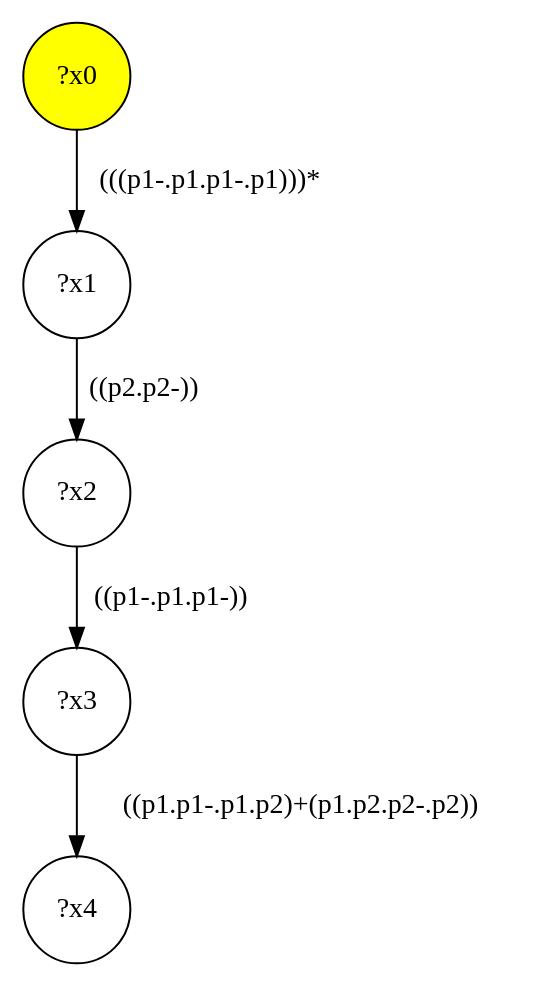
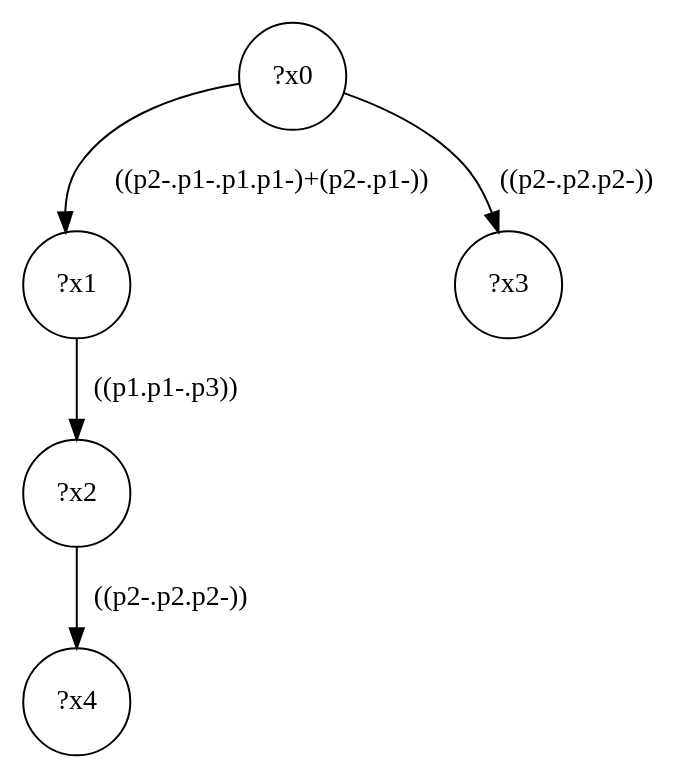
The diagram in src/queryinterface/interface-queries/query-36.dot (gbagan/gmark), drawn with Graphviz before and after one commit. The commit also changed 150 other files, not shown here.

```diff
--- a/src/queryinterface/interface-queries/query-36.dot
+++ b/src/queryinterface/interface-queries/query-36.dot
@@ -1,11 +1,11 @@
 digraph g {
-	x0 [fillcolor="yellow", style="filled," shape=circle, label="?x0"];
+	x0 [shape=circle, label="?x0"];
 	x1 [shape=circle, label="?x1"];
-	x0 -> x1 [label="(((p1-.p1.p1-.p1)))*"];
+	x0 -> x1 [label="((p2-.p1-.p1.p1-)+(p2-.p1-))"];
 	x2 [shape=circle, label="?x2"];
-	x1 -> x2 [label="((p2.p2-))"];
+	x1 -> x2 [label="((p1.p1-.p3))"];
 	x3 [shape=circle, label="?x3"];
-	x2 -> x3 [label="((p1-.p1.p1-))"];
+	x0 -> x3 [label="((p2-.p2.p2-))"];
 	x4 [shape=circle, label="?x4"];
-	x3 -> x4 [label="((p1.p1-.p1.p2)+(p1.p2.p2-.p2))"];
+	x2 -> x4 [label="((p2-.p2.p2-))"];
 }
```
